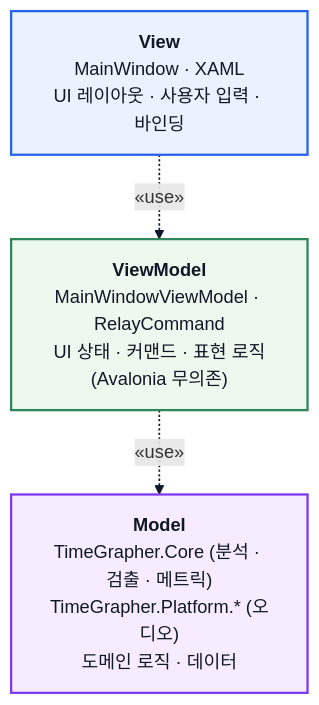
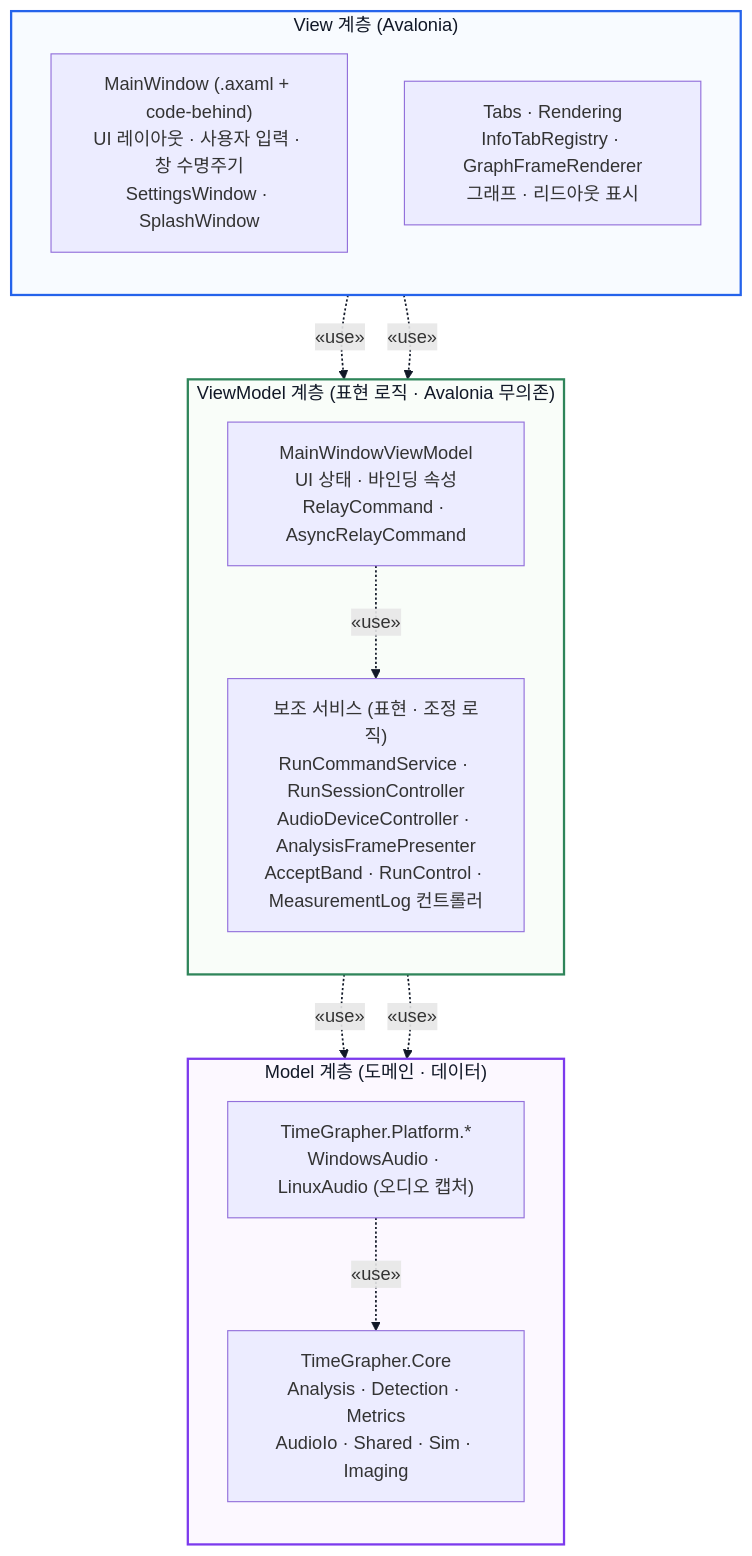
One commit to Jae-hong-5/TimeGrapher-Net changed the diagram in docs/for-ai/MVVM_VIEW_ARCHITECTURE.md. Above: the diagram before and after it, drawn with Mermaid. The commit also changed other lines of this file, not shown here.

Commit message:
docs(for-ai): flesh out the ideal MVVM view with per-layer components
[en] The previous pass cut the dependency view down to three bare boxes, which
is too sparse for the presentation. Keep the ideal three-layer triad and the
single dependency direction, but populate each layer with its representative
components (View: windows + tabs/rendering; ViewModel: view-model + commands +
coordination services; Model: Core submodules + Platform), restore the
responsibility table, and keep the «use» UML dependency notation. Still an ideal
model, not the exhaustive class graph -- that stays in MODULE_USES_VIEW.md.

[ko] 직전 정리가 의존성 뷰를 빈 박스 셋으로 너무 깎아내 발표용으로 부족했다. 이상적
3계층 삼각형과 단일 의존 방향은 유지하되, 각 계층을 대표 구성요소로 채운다(View: 창 +
탭/렌더링, ViewModel: 뷰모델 + 커맨드 + 조정 서비스, Model: Core 하위모듈 + Platform).
책임 표를 되살리고 «use» UML 의존 표기를 유지한다. 여전히 이상형이며 전수 클래스 그래프가
아니다 -- 그건 MODULE_USES_VIEW.md에 둔다.

````diff
--- a/docs/for-ai/MVVM_VIEW_ARCHITECTURE.md
+++ b/docs/for-ai/MVVM_VIEW_ARCHITECTURE.md
@@ -13,14 +13,32 @@
 ```mermaid
 flowchart TB
-    View["<b>View</b><br/>MainWindow · XAML<br/>UI 레이아웃 · 사용자 입력 · 바인딩"]
-    ViewModel["<b>ViewModel</b><br/>MainWindowViewModel · RelayCommand<br/>UI 상태 · 커맨드 · 표현 로직<br/>(Avalonia 무의존)"]
-    Model["<b>Model</b><br/>TimeGrapher.Core (분석 · 검출 · 메트릭)<br/>TimeGrapher.Platform.* (오디오)<br/>도메인 로직 · 데이터"]
+    subgraph ViewLayer["View 계층 (Avalonia)"]
+        direction TB
+        MainView["MainWindow (.axaml + code-behind)<br/>UI 레이아웃 · 사용자 입력 · 창 수명주기<br/>SettingsWindow · SplashWindow"]
+        TabsRender["Tabs · Rendering<br/>InfoTabRegistry · GraphFrameRenderer<br/>그래프 · 리드아웃 표시"]
+    end
 
-    View -. "«use»" .-> ViewModel
-    ViewModel -. "«use»" .-> Model
+    subgraph ViewModelLayer["ViewModel 계층 (표현 로직 · Avalonia 무의존)"]
+        direction TB
+        MainVM["MainWindowViewModel<br/>UI 상태 · 바인딩 속성<br/>RelayCommand · AsyncRelayCommand"]
+        Services["보조 서비스 (표현 · 조정 로직)<br/>RunCommandService · RunSessionController<br/>AudioDeviceController · AnalysisFramePresenter<br/>AcceptBand · RunControl · MeasurementLog 컨트롤러"]
+    end
 
-    style View fill:#eaf2ff,stroke:#2563eb,stroke-width:2px,color:#111827
-    style ViewModel fill:#edf8ee,stroke:#2f855a,stroke-width:2px,color:#111827
-    style Model fill:#f7ecff,stroke:#7c3aed,stroke-width:2px,color:#111827
+    subgraph ModelLayer["Model 계층 (도메인 · 데이터)"]
+        direction TB
+        Core["TimeGrapher.Core<br/>Analysis · Detection · Metrics<br/>AudioIo · Shared · Sim · Imaging"]
+        Platform["TimeGrapher.Platform.*<br/>WindowsAudio · LinuxAudio (오디오 캡처)"]
+    end
+
+    style ViewLayer fill:#eaf2ff,fill-opacity:0.35,stroke:#2563eb,stroke-width:2px,color:#111827
+    style ViewModelLayer fill:#edf8ee,fill-opacity:0.35,stroke:#2f855a,stroke-width:2px,color:#111827
+    style ModelLayer fill:#f7ecff,fill-opacity:0.35,stroke:#7c3aed,stroke-width:2px,color:#111827
     linkStyle default stroke:#111827,stroke-width:1.5px
+
+    MainView -. "«use»" .-> MainVM
+    TabsRender -. "«use»" .-> MainVM
+    MainVM -. "«use»" .-> Services
+    MainVM -. "«use»" .-> Core
+    Services -. "«use»" .-> Core
+    Platform -. "«use»" .-> Core
 ```
````
